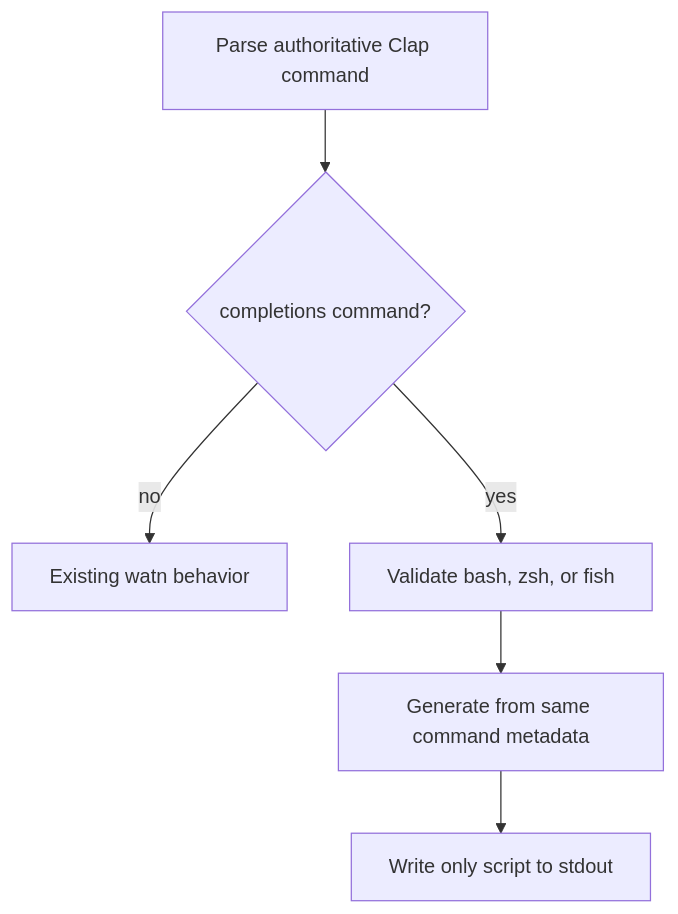
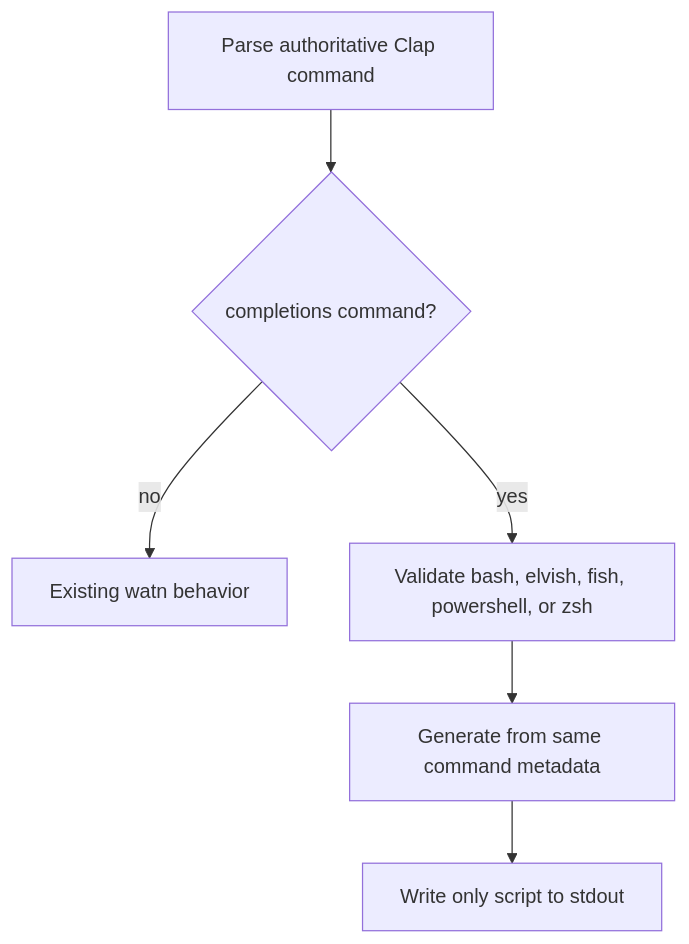
The diagram in givn/changes/shell-completions/design.md (buster/watn), drawn with Mermaid before and after one commit. The commit also changed other lines of this file and 21 other files, not shown here.

Commit message:
feat(shell-completions): Every native clap_complete shell exposes the authoritative command tree

````diff
--- a/givn/changes/shell-completions/design.md
+++ b/givn/changes/shell-completions/design.md
@@ -47,8 +50,8 @@
 ```mermaid
 flowchart TD
     Parse[Parse authoritative Clap command] --> Command{completions command?}
     Command -- no --> Existing[Existing watn behavior]
-    Command -- yes --> Shell[Validate bash, zsh, or fish]
+    Command -- yes --> Shell[Validate bash, elvish, fish, powershell, or zsh]
     Shell --> Generate[Generate from same command metadata]
     Generate --> Stdout[Write only script to stdout]
 ```
````
